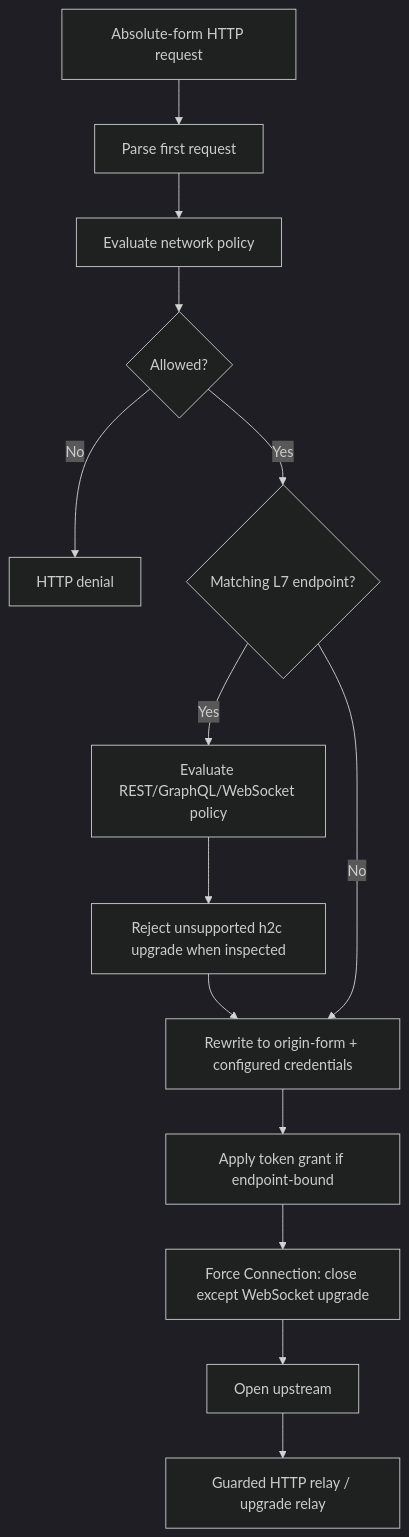
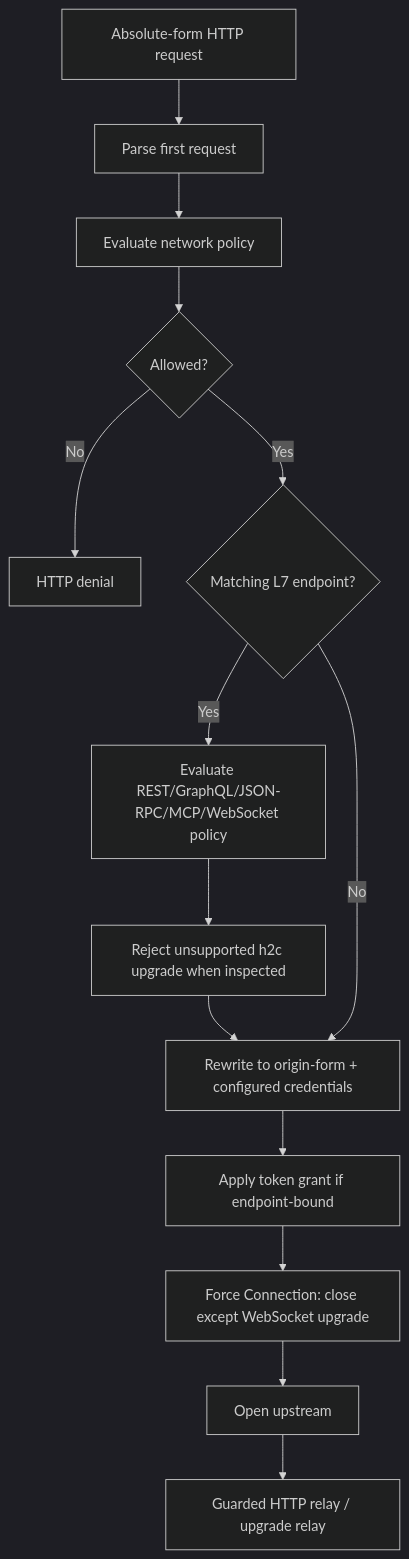
The third of 6 diagrams in rfc/0005-sandbox-proxy-egress-adapter/current-shape.md (gracesmith6504/OpenShell), drawn with Mermaid (dark theme) before and after one commit. The commit also changed other lines of this file and 3 other files, not shown here.

Commit message:
docs(rfc): include json-rpc and mcp l7 protocols

````diff
--- a/rfc/0005-sandbox-proxy-egress-adapter/current-shape.md
+++ b/rfc/0005-sandbox-proxy-egress-adapter/current-shape.md
@@ -89,16 +90,16 @@
 ```mermaid
 flowchart TD
     Client["Absolute-form HTTP request"] --> Parse["Parse first request"]
     Parse --> L4["Evaluate network policy"]
     L4 --> Allowed{"Allowed?"}
     Allowed -- No --> Deny["HTTP denial"]
     Allowed -- Yes --> L7{"Matching L7 endpoint?"}
-    L7 -- Yes --> Eval["Evaluate REST/GraphQL/WebSocket policy"]
+    L7 -- Yes --> Eval["Evaluate REST/GraphQL/JSON-RPC/MCP/WebSocket policy"]
     Eval --> Guard["Reject unsupported h2c upgrade when inspected"]
     Guard --> Rewrite["Rewrite to origin-form + configured credentials"]
     L7 -- No --> Rewrite
     Rewrite --> Token["Apply token grant if endpoint-bound"]
     Token --> Close["Force Connection: close except WebSocket upgrade"]
     Close --> Upstream["Open upstream"]
     Upstream --> Relay["Guarded HTTP relay / upgrade relay"]
 ```
````
